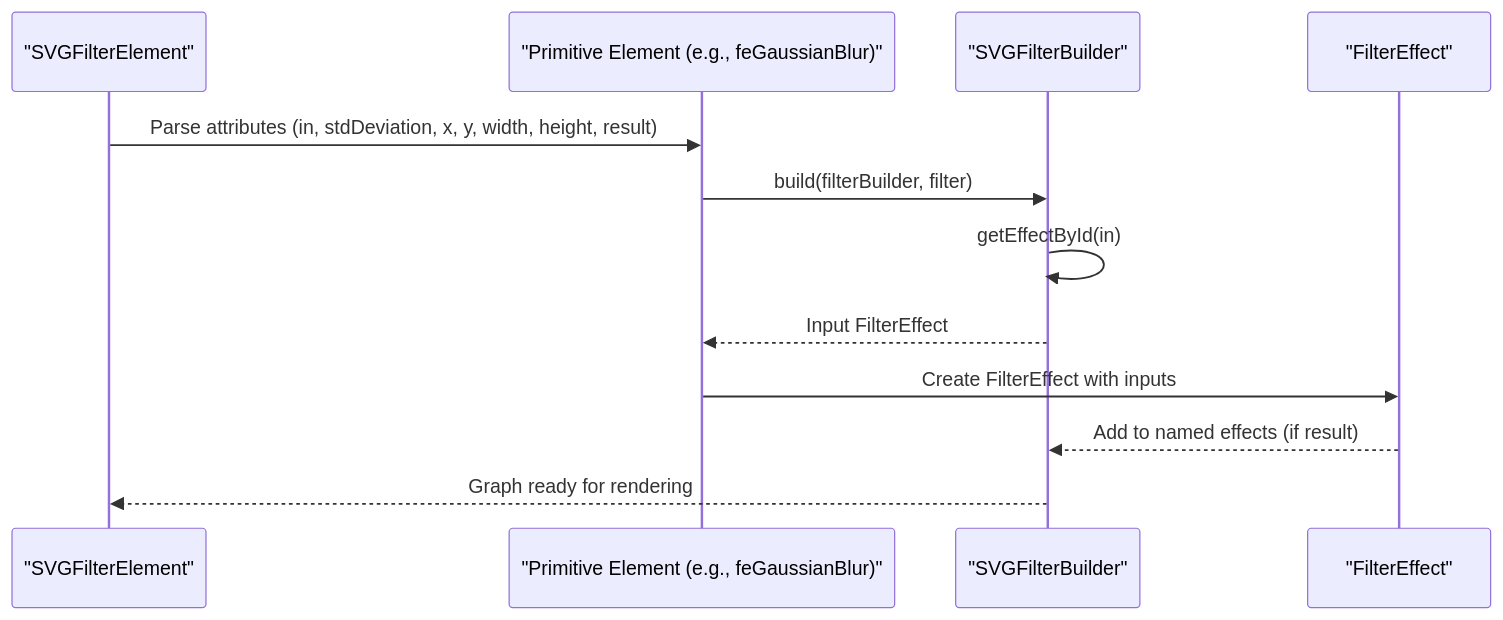
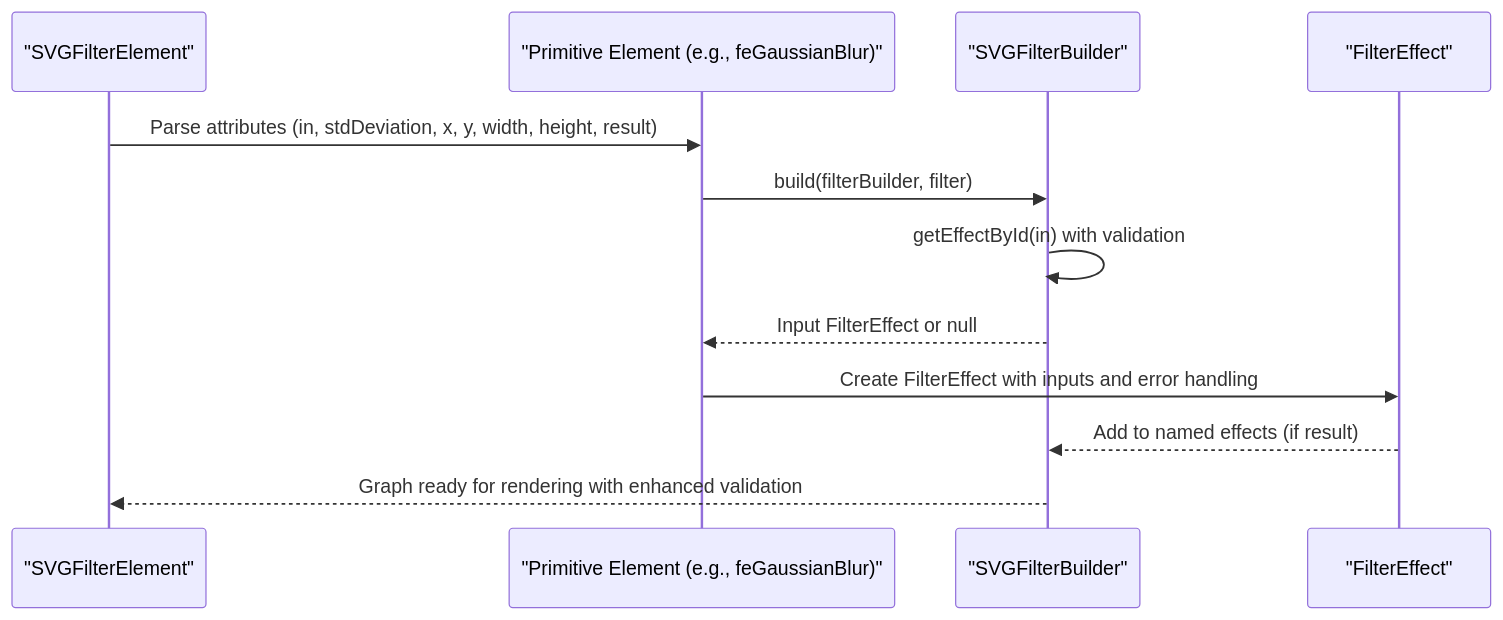
The second of 8 diagrams in .qoder/repowiki/en/content/Animated SVG Support/Advanced Animation Features/SVG Filters and Effects/Built-in Filter Primitives.md (denisnadey/flutter_full_svg_support), drawn with Mermaid before and after one commit. The commit also changed other lines of this file and 19 other files, not shown here.

````diff
--- a/.qoder/repowiki/en/content/Animated SVG Support/Advanced Animation Features/SVG Filters and Effects/Built-in Filter Primitives.md
+++ b/.qoder/repowiki/en/content/Animated SVG Support/Advanced Animation Features/SVG Filters and Effects/Built-in Filter Primitives.md
@@ -109,14 +116,14 @@
 ```mermaid
 sequenceDiagram
 participant DOM as "SVGFilterElement"
 participant Prim as "Primitive Element (e.g., feGaussianBlur)"
 participant Builder as "SVGFilterBuilder"
 participant Eff as "FilterEffect"
 DOM->>Prim : Parse attributes (in, stdDeviation, x, y, width, height, result)
 Prim->>Builder : build(filterBuilder, filter)
-Builder->>Builder : getEffectById(in)
-Builder-->>Prim : Input FilterEffect
-Prim->>Eff : Create FilterEffect with inputs
+Builder->>Builder : getEffectById(in) with validation
+Builder-->>Prim : Input FilterEffect or null
+Prim->>Eff : Create FilterEffect with inputs and error handling
 Eff-->>Builder : Add to named effects (if result)
-Builder-->>DOM : Graph ready for rendering
+Builder-->>DOM : Graph ready for rendering with enhanced validation
 ```
````
